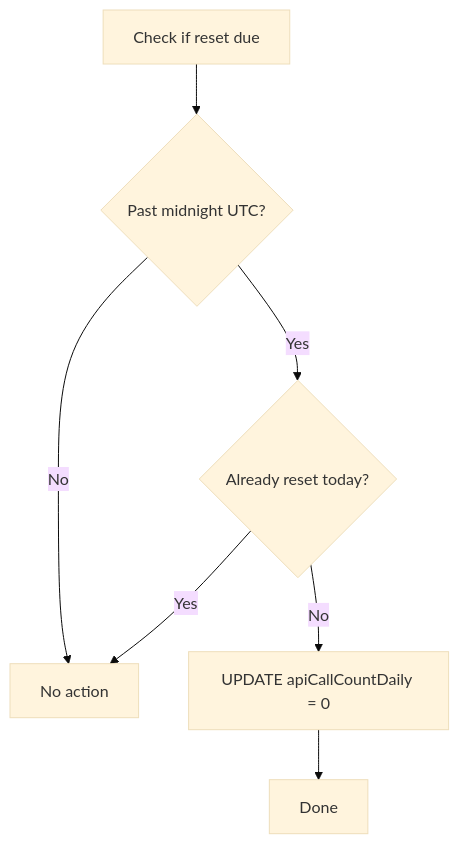
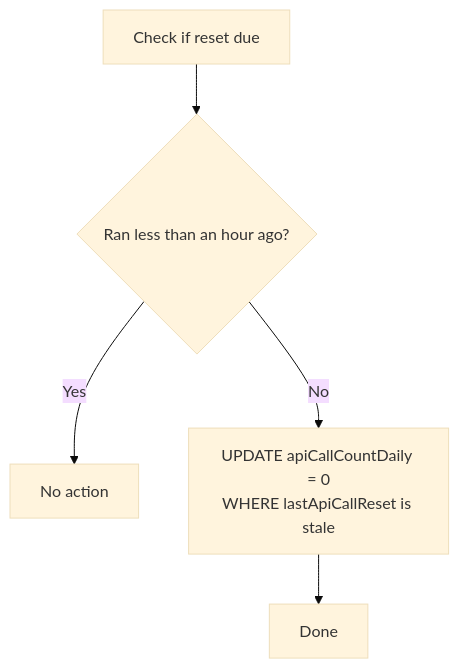
Before and after one commit to kunalPisolkar24/detectAI: the sixth of 8 diagrams in services/workers/docs/components/cron-worker.md, drawn with Mermaid (base theme). The commit also changed other lines of this file and 10 other files, not shown here.

````diff
--- a/services/workers/docs/components/cron-worker.md
+++ b/services/workers/docs/components/cron-worker.md
@@ -119,9 +176,7 @@
 ```mermaid
 graph TB
-    A[Check if reset due] --> B{Past midnight UTC?}
-    B -->|No| C[No action]
-    B -->|Yes| D{Already reset today?}
-    D -->|Yes| C
-    D -->|No| E[UPDATE apiCallCountDaily = 0]
-    E --> F[Done]
+    A[Check if reset due] --> B{Ran less than an hour ago?}
+    B -->|Yes| C[No action]
+    B -->|No| D[UPDATE apiCallCountDaily = 0<br/>WHERE lastApiCallReset is stale]
+    D --> E[Done]
 ```
````
